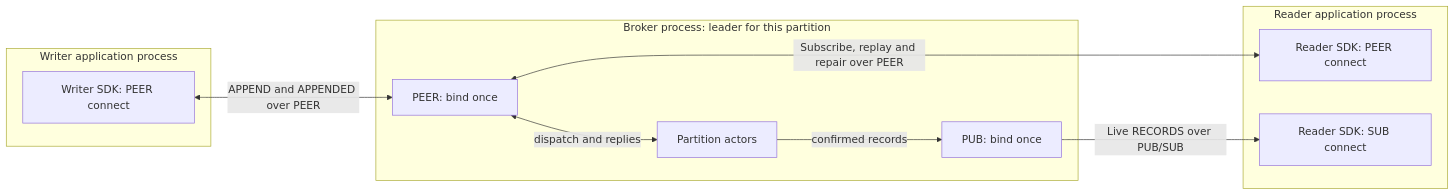
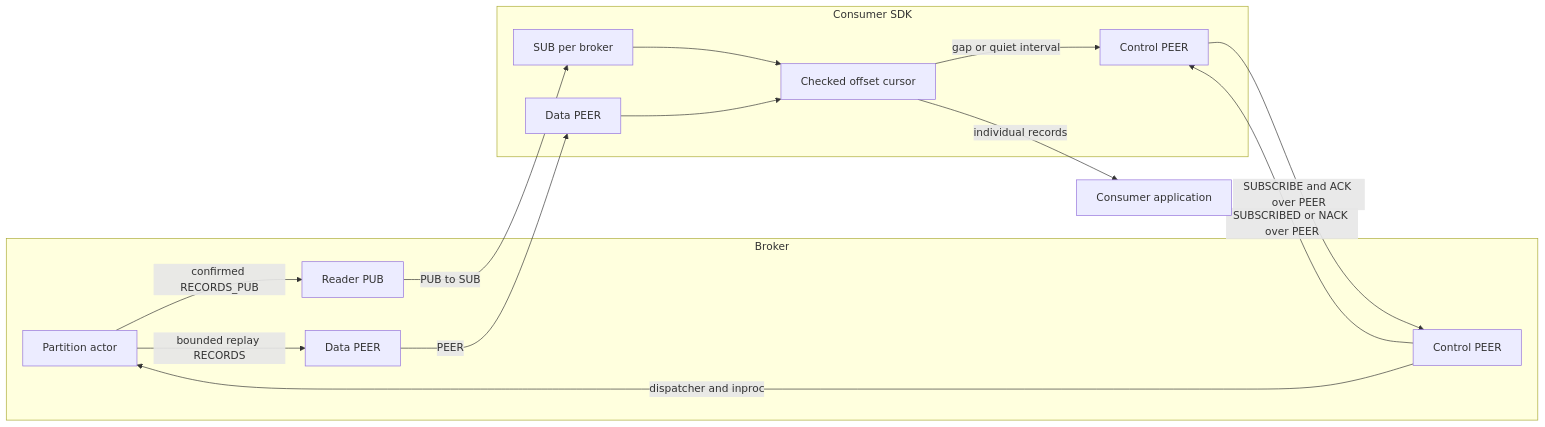
The second of 2 diagrams in doc/OVERVIEW.md (paddor/ozzy), drawn with Mermaid before and after one commit. The commit also changed other lines of this file and 518 other files, not shown here.

First line of the commit message:
Bound broker and SDK flow control

````diff
--- a/doc/OVERVIEW.md
+++ b/doc/OVERVIEW.md
@@ -3,17 +124,27 @@
 ```mermaid
 flowchart LR
-    subgraph Writer["Writer application process"]
-        W["Writer SDK: PEER connect"]
+    subgraph B[Broker]
+        P[Partition actor]
+        PUB[Reader PUB]
+        BD[Data PEER]
+        BC[Control PEER]
     end
-    subgraph Broker["Broker process: leader for this partition"]
-        P["PEER: bind once"] <-->|dispatch and replies| A["Partition actors"]
-        A -->|confirmed records| PUB["PUB: bind once"]
+    subgraph SDK[Consumer SDK]
+        SUB[SUB per broker]
+        CD[Data PEER]
+        CC[Control PEER]
+        R[Checked offset cursor]
     end
-    subgraph Reader["Reader application process"]
-        R["Reader SDK: PEER connect"]
-        SUB["Reader SDK: SUB connect"]
-    end
-    W <-->|APPEND and APPENDED over PEER| P
-    P <-->|Subscribe, replay and repair over PEER| R
-    PUB -->|Live RECORDS over PUB/SUB| SUB
+    A[Consumer application]
+    P -->|confirmed RECORDS_PUB| PUB
+    PUB -->|PUB to SUB| SUB
+    SUB --> R
+    CC -->|SUBSCRIBE and ACK over PEER| BC
+    BC -->|SUBSCRIBED or NACK over PEER| CC
+    BC -->|dispatcher and inproc| P
+    P -->|bounded replay RECORDS| BD
+    BD -->|PEER| CD
+    CD --> R
+    R -->|individual records| A
+    R -->|gap or quiet interval| CC
 ```
````
